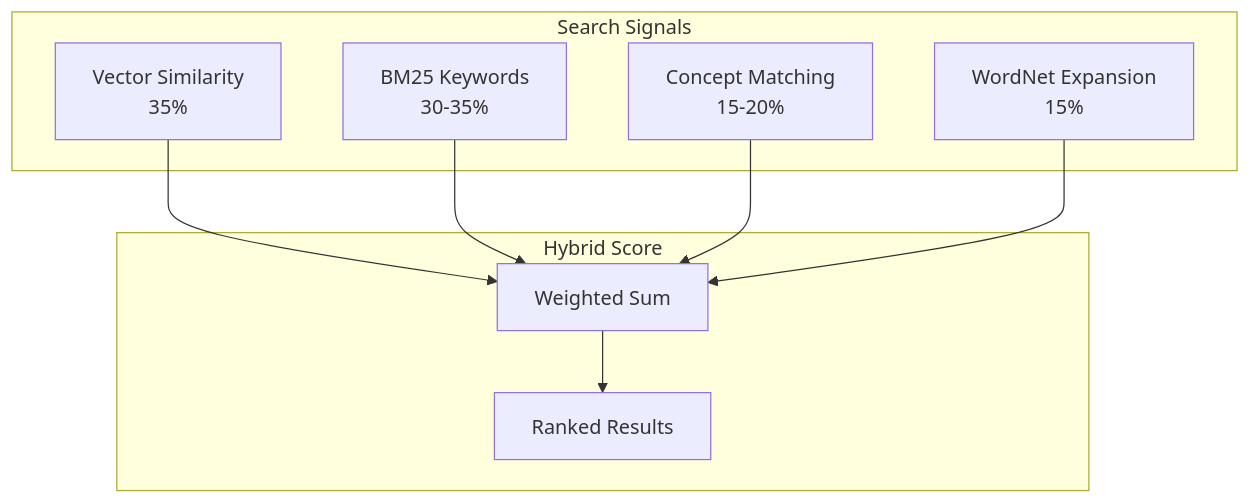
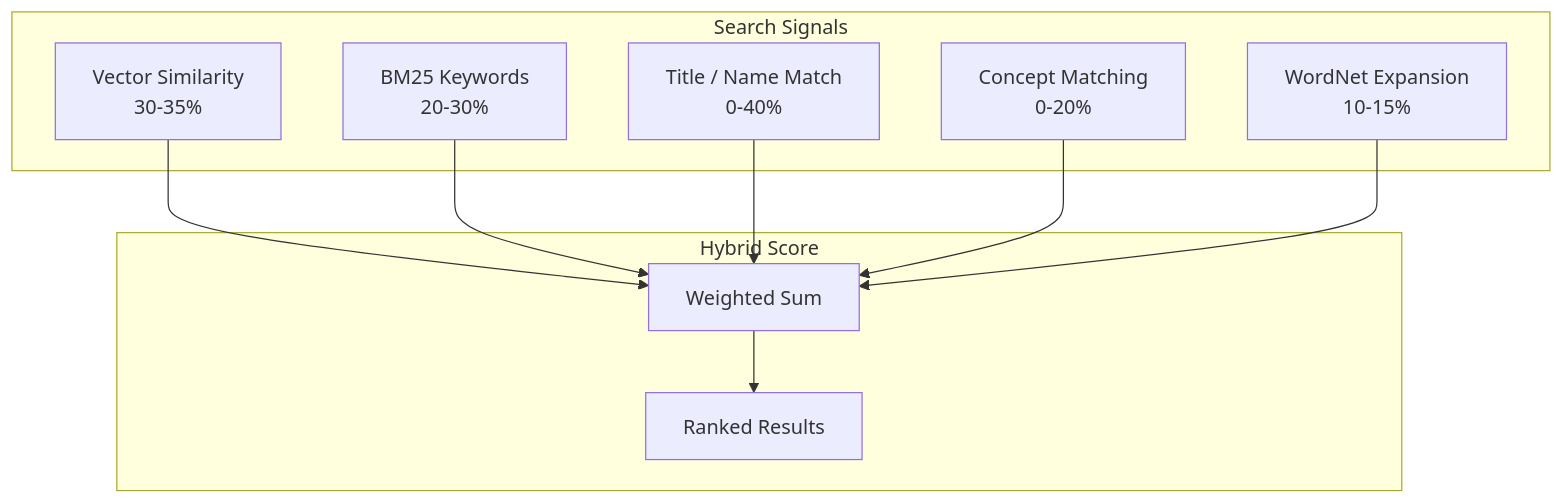
Before and after one commit to m2ux/concept-rag: the third of 3 diagrams in docs/architecture/bm25-keywords.md, drawn with Mermaid. The commit also changed other lines of this file and 10 other files, not shown here.

````diff
--- a/docs/architecture/bm25-keywords.md
+++ b/docs/architecture/bm25-keywords.md
@@ -119,20 +119,22 @@
 ```mermaid
 flowchart TB
     subgraph Signals["Search Signals"]
-        Vector["Vector Similarity<br/>35%"]
-        BM25["BM25 Keywords<br/>30-35%"]
-        Concept["Concept Matching<br/>15-20%"]
-        WN["WordNet Expansion<br/>15%"]
+        Vector["Vector Similarity<br/>30-35%"]
+        BM25["BM25 Keywords<br/>20-30%"]
+        Title["Title / Name Match<br/>0-40%"]
+        Concept["Concept Matching<br/>0-20%"]
+        WN["WordNet Expansion<br/>10-15%"]
     end
 
     subgraph Combined["Hybrid Score"]
         Combine[Weighted Sum]
         Results[Ranked Results]
     end
 
     Vector --> Combine
     BM25 --> Combine
+    Title --> Combine
     Concept --> Combine
     WN --> Combine
     Combine --> Results
 ```
````
